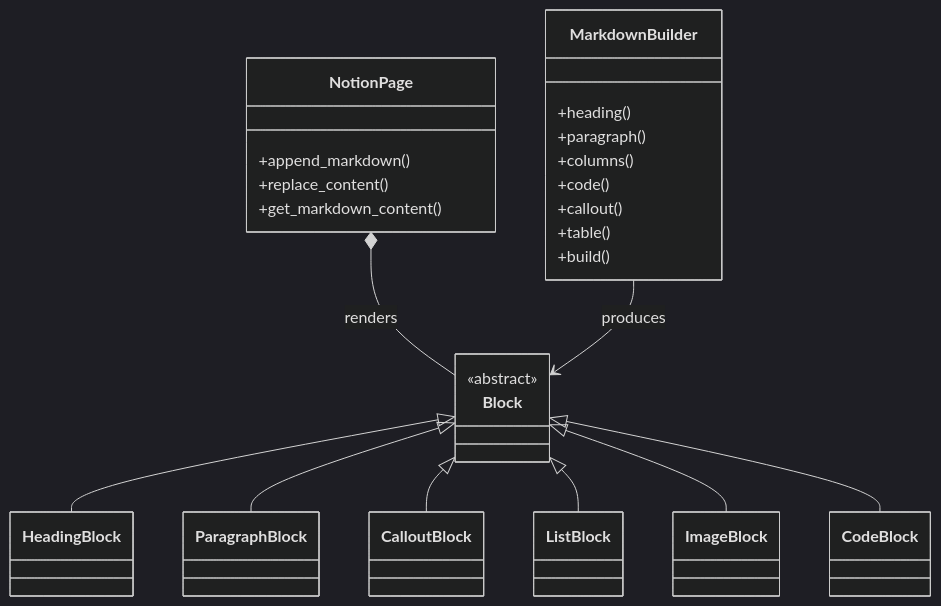
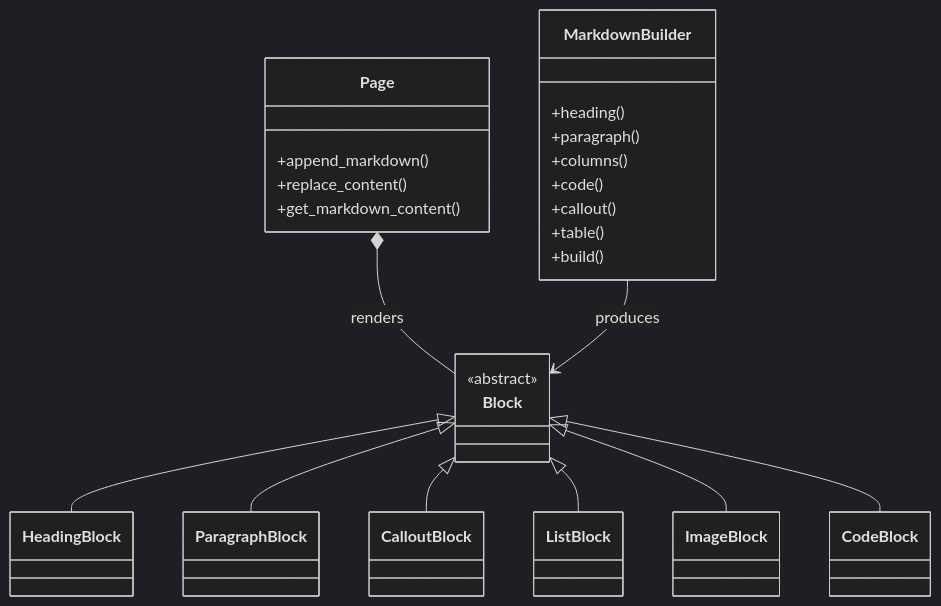
One commit to mathisarends/notionary changed the diagram in docs/blocks/blocks.md. Above: the diagram before and after it, drawn with Mermaid (dark theme). The commit also changed other lines of this file and 49 other files, not shown here.

````diff
--- a/docs/blocks/blocks.md
+++ b/docs/blocks/blocks.md
@@ -8,33 +8,33 @@
 ```mermaid
 classDiagram
-    class NotionPage {
+    class Page {
         +append_markdown()
         +replace_content()
         +get_markdown_content()
     }
     class MarkdownBuilder {
         +heading()
         +paragraph()
         +columns()
         +code()
         +callout()
         +table()
         +build()
     }
     class Block { <<abstract>> }
     class HeadingBlock
     class ParagraphBlock
     class CalloutBlock
     class ListBlock
     class ImageBlock
     class CodeBlock
 
-    NotionPage *-- Block : renders
+    Page *-- Block : renders
     MarkdownBuilder --> Block : produces
     Block <|-- HeadingBlock
     Block <|-- ParagraphBlock
     Block <|-- CalloutBlock
     Block <|-- ListBlock
     Block <|-- ImageBlock
     Block <|-- CodeBlock
 ```
````
